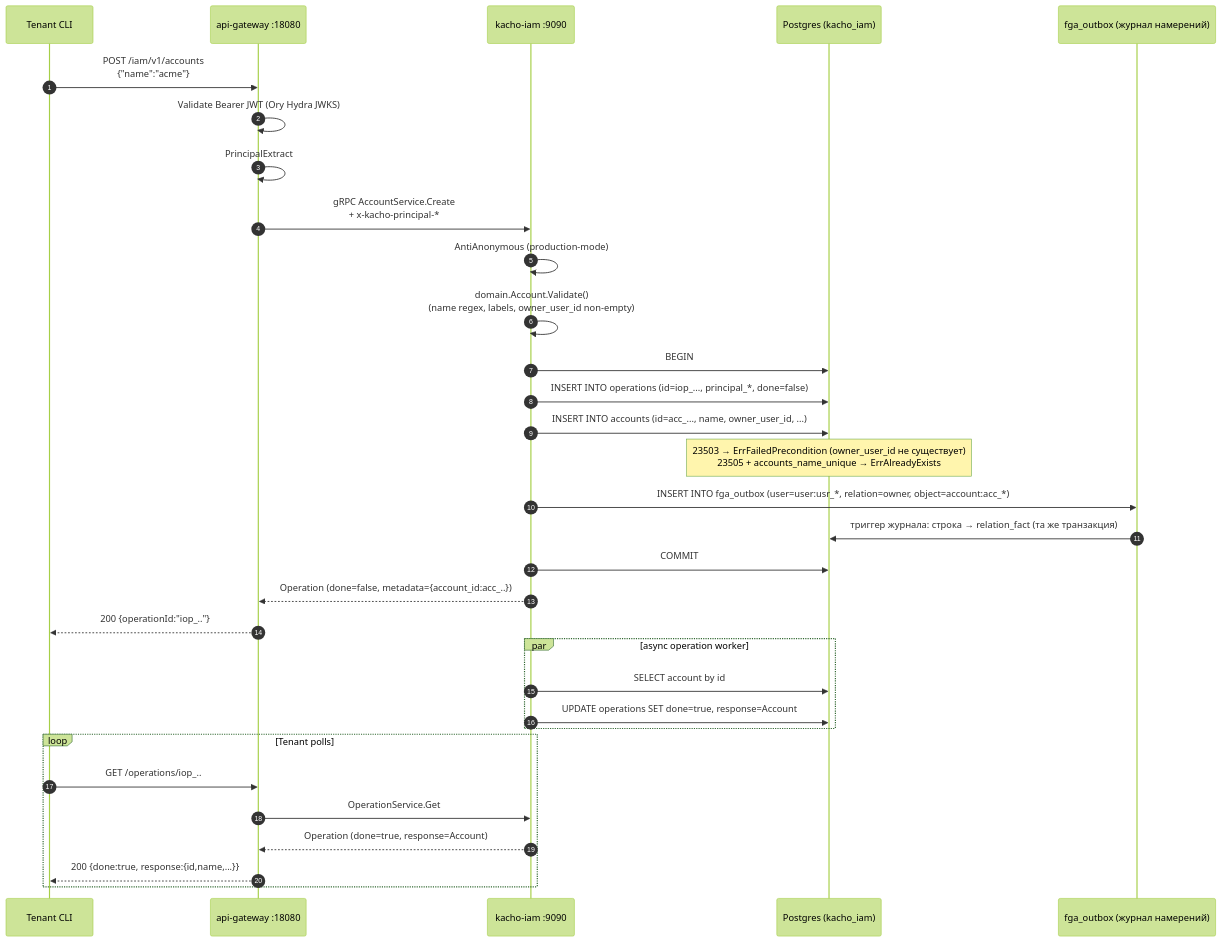
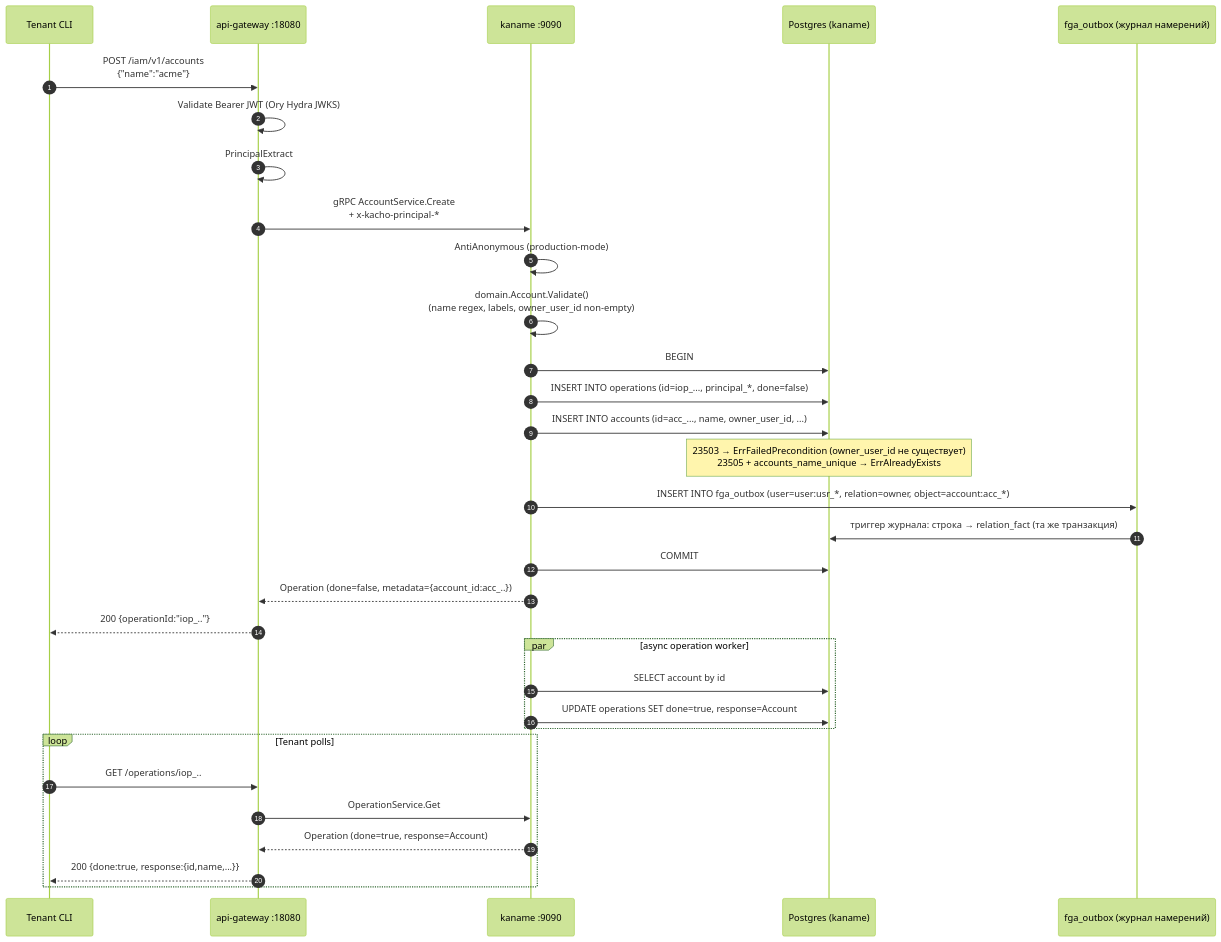
One commit to PRO-Robotech/kacho changed the diagram in services/iam/docs/engineering/components/01-account.md. Above: the diagram before and after it, drawn with Mermaid (forest theme). The commit also changed other lines of this file and 5005 other files, not shown here.

````diff
--- a/services/iam/docs/engineering/components/01-account.md
+++ b/services/iam/docs/engineering/components/01-account.md
@@ -67,37 +67,37 @@
 ```mermaid
 sequenceDiagram
     autonumber
     participant Cli as Tenant CLI
     participant GW as api-gateway :18080
-    participant IAM as kacho-iam :9090
-    participant DB as Postgres (kacho_iam)
+    participant IAM as kaname :9090
+    participant DB as Postgres (kaname)
     participant Out as fga_outbox (журнал намерений)
 
     Cli->>GW: POST /iam/v1/accounts<br/>{"name":"acme"}
     GW->>GW: Validate Bearer JWT (Ory Hydra JWKS)
     GW->>GW: PrincipalExtract
     GW->>IAM: gRPC AccountService.Create<br/>+ x-kacho-principal-*
     IAM->>IAM: AntiAnonymous (production-mode)
     IAM->>IAM: domain.Account.Validate()<br/>(name regex, labels, owner_user_id non-empty)
     IAM->>DB: BEGIN
     IAM->>DB: INSERT INTO operations (id=iop_..., principal_*, done=false)
     IAM->>DB: INSERT INTO accounts (id=acc_..., name, owner_user_id, ...)
     Note over DB: 23503 → ErrFailedPrecondition (owner_user_id не существует)<br/>23505 + accounts_name_unique → ErrAlreadyExists
     IAM->>Out: INSERT INTO fga_outbox (user=user:usr_*, relation=owner, object=account:acc_*)
     Out->>DB: триггер журнала: строка → relation_fact (та же транзакция)
     IAM->>DB: COMMIT
     IAM-->>GW: Operation (done=false, metadata={account_id:acc_..})
     GW-->>Cli: 200 {operationId:"iop_.."}
 
     par async operation worker
         IAM->>DB: SELECT account by id
         IAM->>DB: UPDATE operations SET done=true, response=Account
     end
 
     loop Tenant polls
         Cli->>GW: GET /operations/iop_..
         GW->>IAM: OperationService.Get
         IAM-->>GW: Operation (done=true, response=Account)
         GW-->>Cli: 200 {done:true, response:{id,name,...}}
     end
 ```
````
